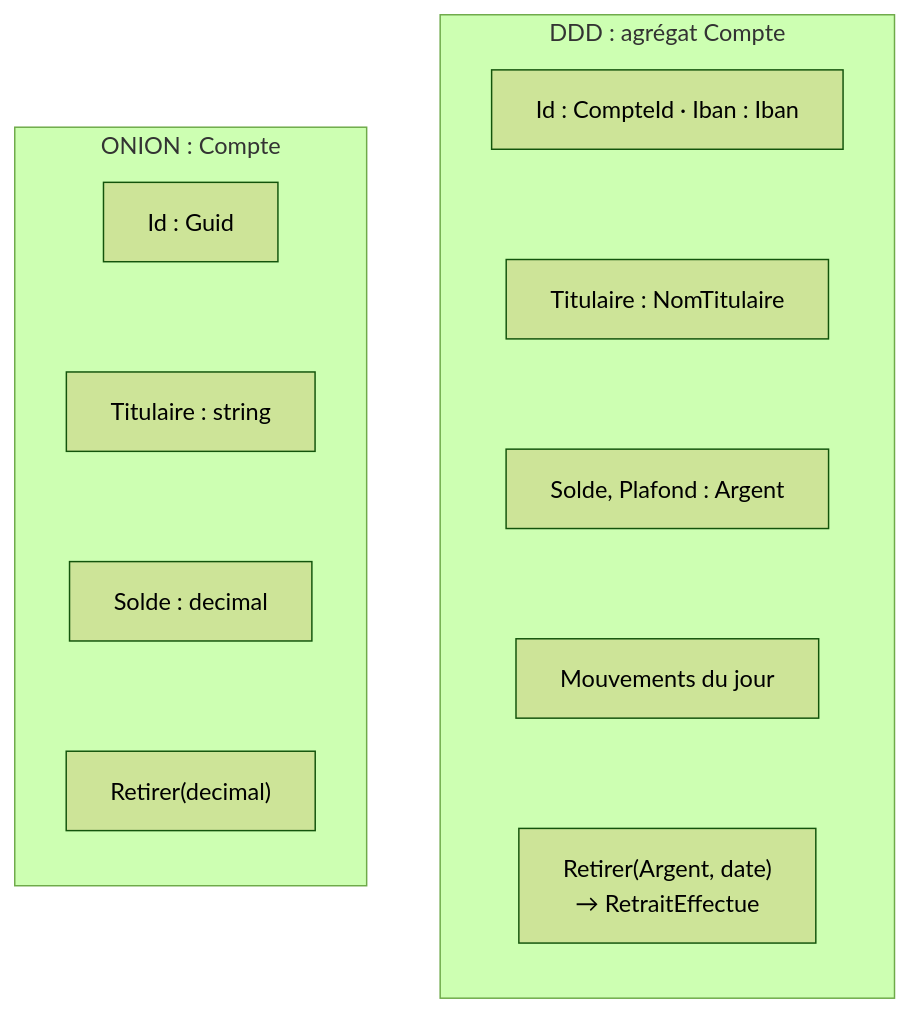
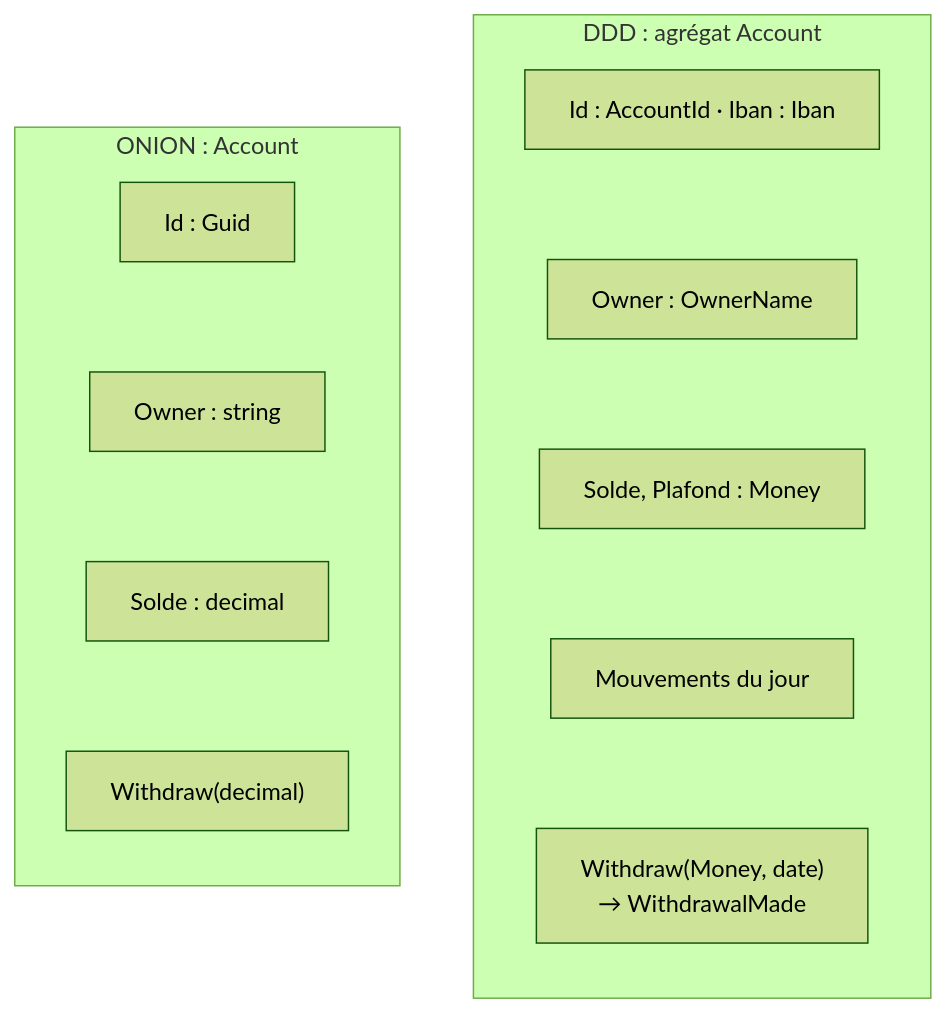
Before and after one commit to drangoht/ArchitecturesDemo: the diagram in Docs/differences/06-ddd-vs-hexagonale-onion.md, drawn with Mermaid (forest theme). The commit also changed other lines of this file and 70 other files, not shown here.

Commit message:
Docs FR : identifiants, liens, diagrammes et sorties alignés sur le code anglais

````diff
--- a/Docs/differences/06-ddd-vs-hexagonale-onion.md
+++ b/Docs/differences/06-ddd-vs-hexagonale-onion.md
@@ -38,21 +38,21 @@
 ```mermaid
 flowchart LR
-    subgraph O["ONION : Compte"]
+    subgraph O["ONION : Account"]
         direction TB
         O1["Id : Guid"]
-        O2["Titulaire : string"]
+        O2["Owner : string"]
         O3["Solde : decimal"]
-        O4["Retirer(decimal)"]
+        O4["Withdraw(decimal)"]
         O1 ~~~ O2 ~~~ O3 ~~~ O4
     end
-    subgraph D["DDD : agrégat Compte"]
+    subgraph D["DDD : agrégat Account"]
         direction TB
-        D1["Id : CompteId · Iban : Iban"]
-        D2["Titulaire : NomTitulaire"]
-        D3["Solde, Plafond : Argent"]
+        D1["Id : AccountId · Iban : Iban"]
+        D2["Owner : OwnerName"]
+        D3["Solde, Plafond : Money"]
         D4["Mouvements du jour"]
-        D5["Retirer(Argent, date)<br/>→ RetraitEffectue"]
+        D5["Withdraw(Money, date)<br/>→ WithdrawalMade"]
         D1 ~~~ D2 ~~~ D3 ~~~ D4 ~~~ D5
     end
     O ~~~ D
 ```
````
